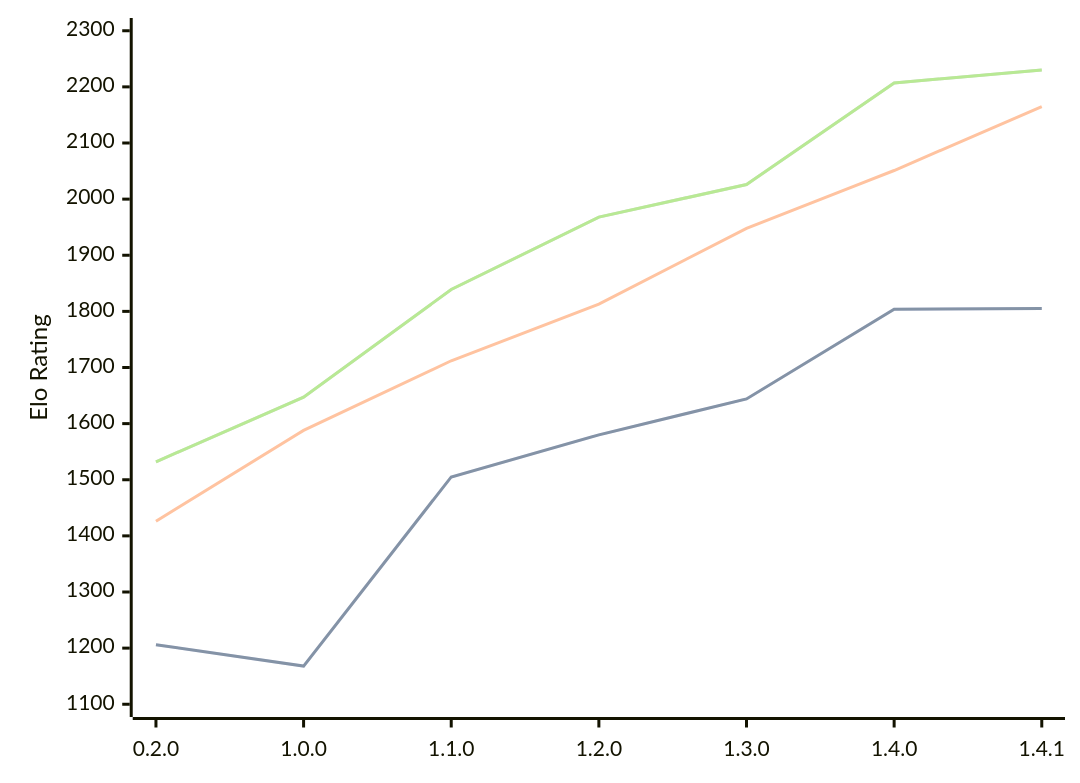
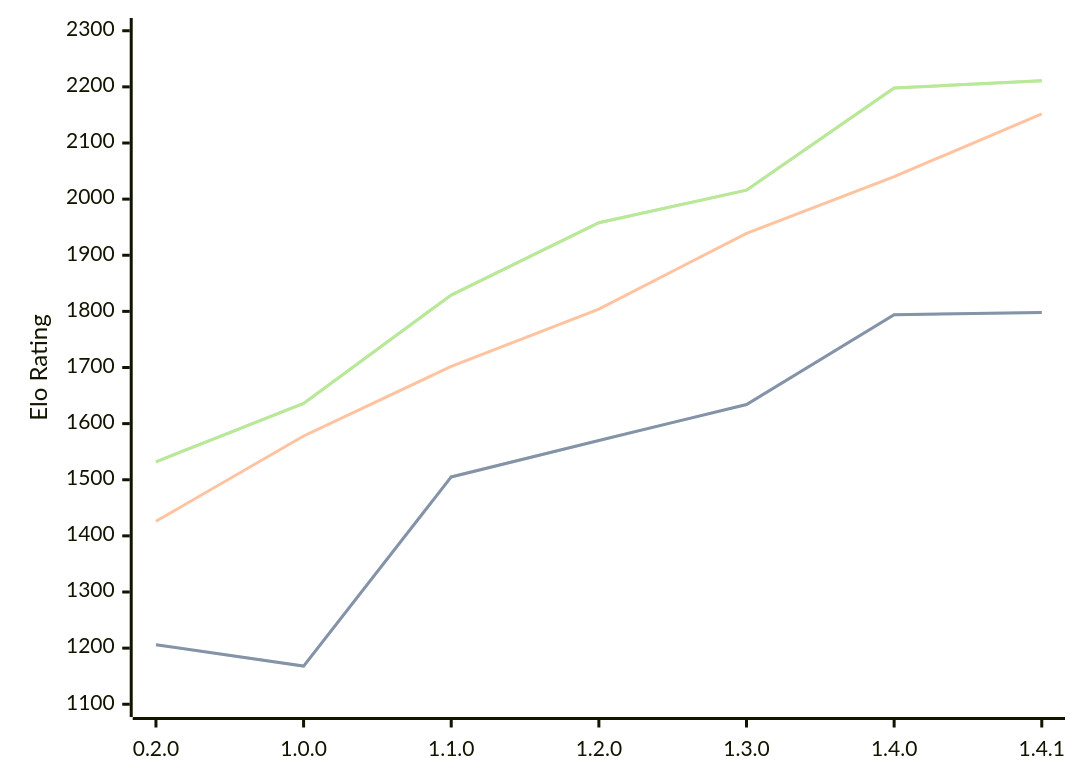
Before and after one commit to computer-chess-index/cci: the diagram in engines/Zeppelin.md, drawn with Mermaid. The commit also changed other lines of this file, not shown here.

Commit message:
Update CCI Ratings (ELO VLTC) - 2026-03-19

````diff
--- a/engines/Zeppelin.md
+++ b/engines/Zeppelin.md
@@ -37,11 +37,11 @@
 ```mermaid
 %%{init: {"theme":"base","themeVariables":{"seriesColors:['#a3a3a3','#222221','#faa371']}}}%%
 xychart-beta
   x-axis ["0.2.0", "1.0.0", "1.1.0", "1.2.0", "1.3.0", "1.4.0", "1.4.1"]
   y-axis "Elo Rating" 1100 --> 2300
-  line "STC (8.0+0.08s)" [1206, 1168, 1505, 1580, 1644, 1804, 1805]
-  line "STC (8.0+0.08s)" [1206, 1168, 1505, 1580, 1644, 1804, 1805]
-  line "LTC (60.0+0.60s)" [1426, 1588, 1712, 1813, 1948, 2051, 2165]
-  line "VLTC (2m24s+1.12s)" [1532, 1647, 1839, 1968, 2026, 2207, 2230]
-  line "VLTC (2m24s+1.12s)" [1532, 1647, 1839, 1968, 2026, 2207, 2230]
+  line "STC (8.0+0.08s)" [1206, 1168, 1505, 1570, 1634, 1794, 1798]
+  line "STC (8.0+0.08s)" [1206, 1168, 1505, 1570, 1634, 1794, 1798]
+  line "LTC (60.0+0.60s)" [1426, 1578, 1702, 1804, 1939, 2040, 2152]
+  line "VLTC (2m24s+1.12s)" [1532, 1636, 1829, 1958, 2016, 2198, 2211]
+  line "VLTC (2m24s+1.12s)" [1532, 1636, 1829, 1958, 2016, 2198, 2211]
 ```
````
